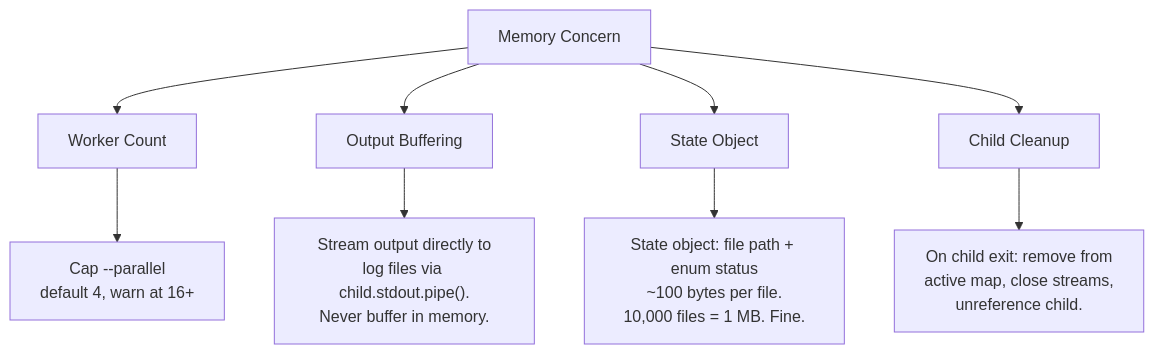
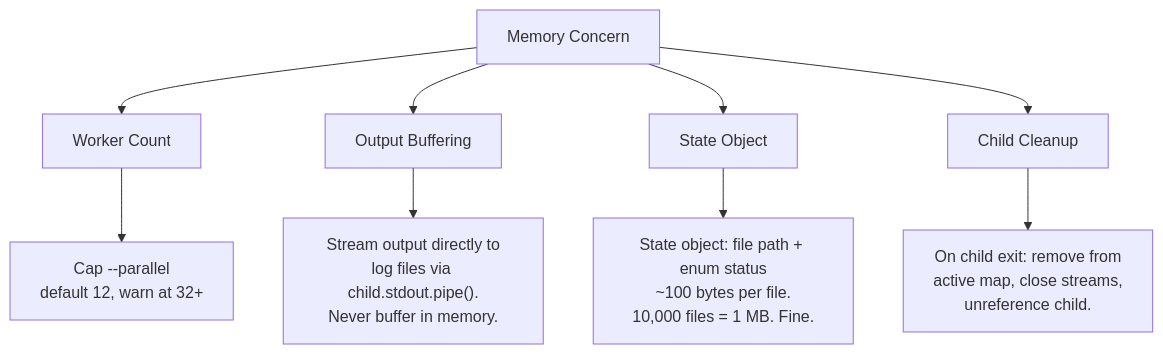
The fifth of 6 diagrams in docs/architecture/EXECUTION-ENGINE.md (quanhea/claude-scan), drawn with Mermaid before and after one commit. The commit also changed 4 other files, not shown here.

````diff
--- a/docs/architecture/EXECUTION-ENGINE.md
+++ b/docs/architecture/EXECUTION-ENGINE.md
@@ -332,12 +332,12 @@
 ```mermaid
 flowchart TD
     A["Memory Concern"] --> B["Worker Count"]
     A --> C["Output Buffering"]
     A --> D["State Object"]
     A --> E["Child Cleanup"]
 
-    B --> B1["Cap --parallel<br/>default 4, warn at 16+"]
+    B --> B1["Cap --parallel<br/>default 12, warn at 32+"]
     C --> C1["Stream output directly to<br/>log files via child.stdout.pipe().<br/>Never buffer in memory."]
     D --> D1["State object: file path + enum status<br/>~100 bytes per file.<br/>10,000 files = 1 MB. Fine."]
     E --> E1["On child exit: remove from<br/>active map, close streams,<br/>unreference child."]
 ```
````
